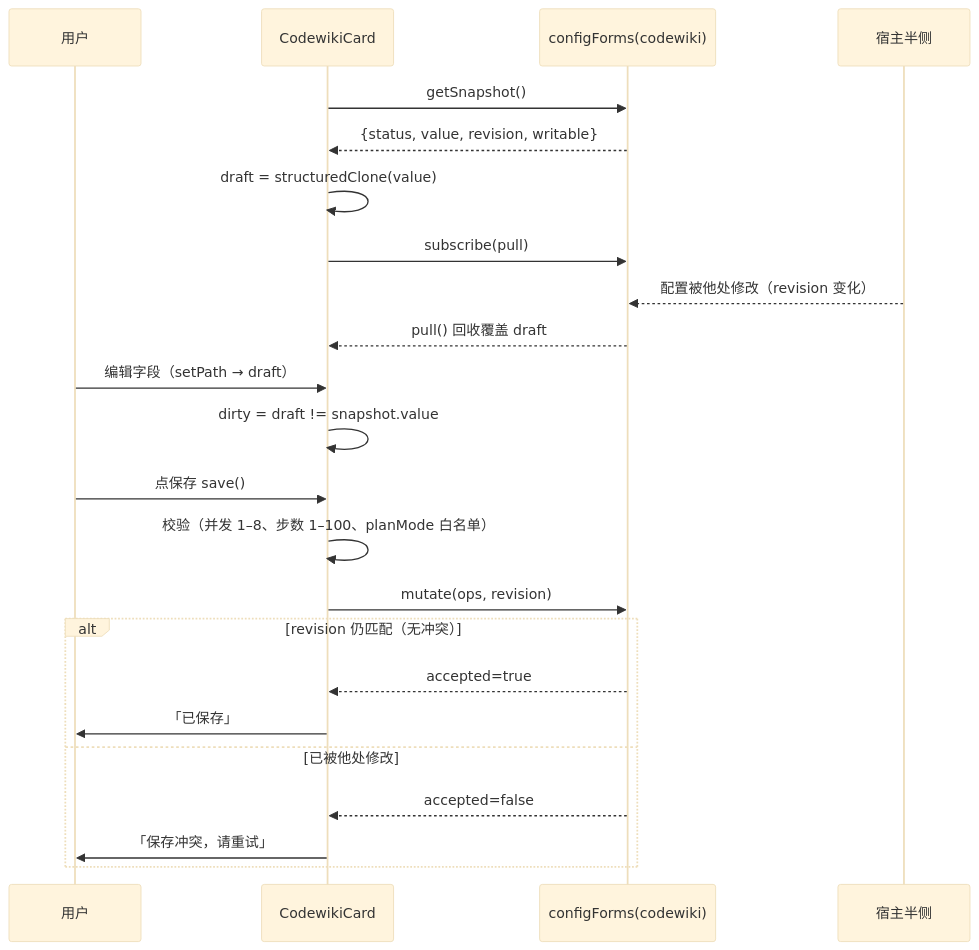
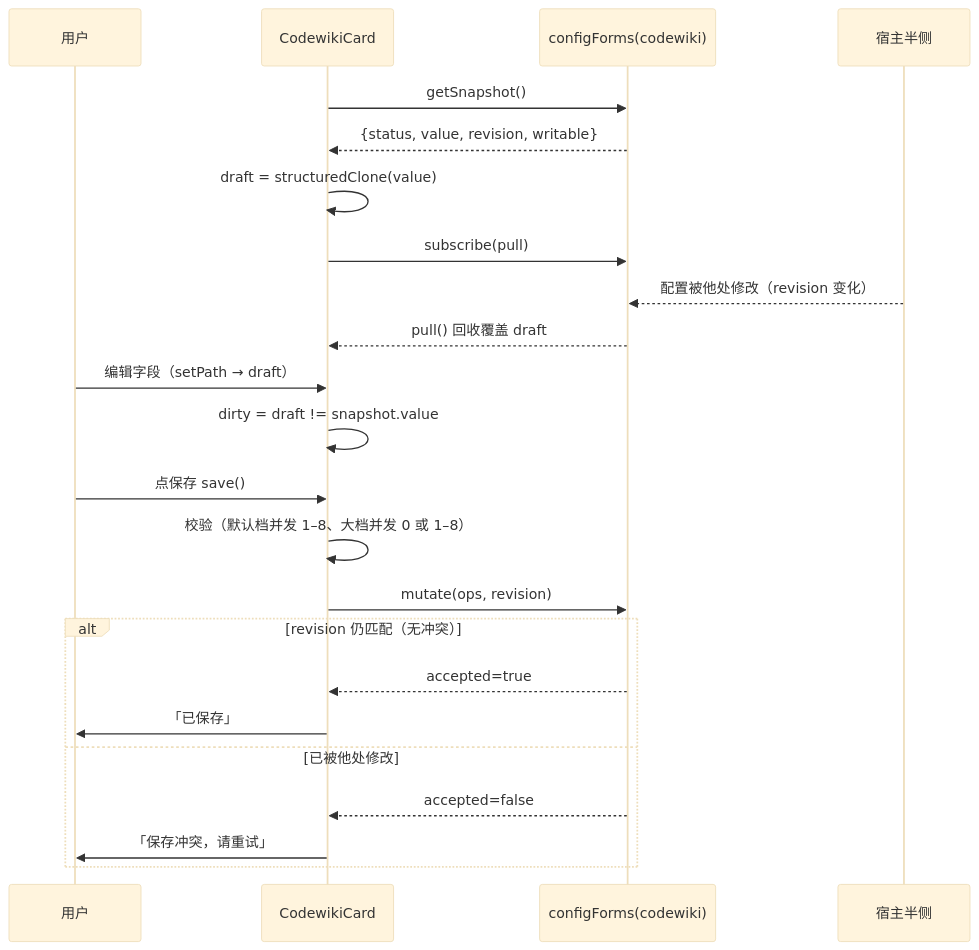
The third of 5 diagrams in .codewiki/_native-state/docs/client_ui.md (ikliml666/dsh-codewiki), drawn with Mermaid (base theme) before and after one commit. The commit also changed other lines of this file and 10 other files, not shown here.

````diff
--- a/.codewiki/_native-state/docs/client_ui.md
+++ b/.codewiki/_native-state/docs/client_ui.md
@@ -86,26 +86,26 @@
 ```mermaid
 sequenceDiagram
     participant U as 用户
     participant Card as CodewikiCard
     participant Form as configForms(codewiki)
     participant Host as 宿主半侧
 
     Card->>Form: getSnapshot()
     Form-->>Card: {status, value, revision, writable}
     Card->>Card: draft = structuredClone(value)
     Card->>Form: subscribe(pull)
     Host-->>Form: 配置被他处修改（revision 变化）
     Form-->>Card: pull() 回收覆盖 draft
     U->>Card: 编辑字段（setPath → draft）
     Card->>Card: dirty = draft != snapshot.value
     U->>Card: 点保存 save()
-    Card->>Card: 校验（并发 1–8、步数 1–100、planMode 白名单）
+    Card->>Card: 校验（默认档并发 1–8、大档并发 0 或 1–8）
     Card->>Form: mutate(ops, revision)
     alt revision 仍匹配（无冲突）
         Form-->>Card: accepted=true
         Card->>U: 「已保存」
     else 已被他处修改
         Form-->>Card: accepted=false
         Card->>U: 「保存冲突，请重试」
     end
 ```
````
